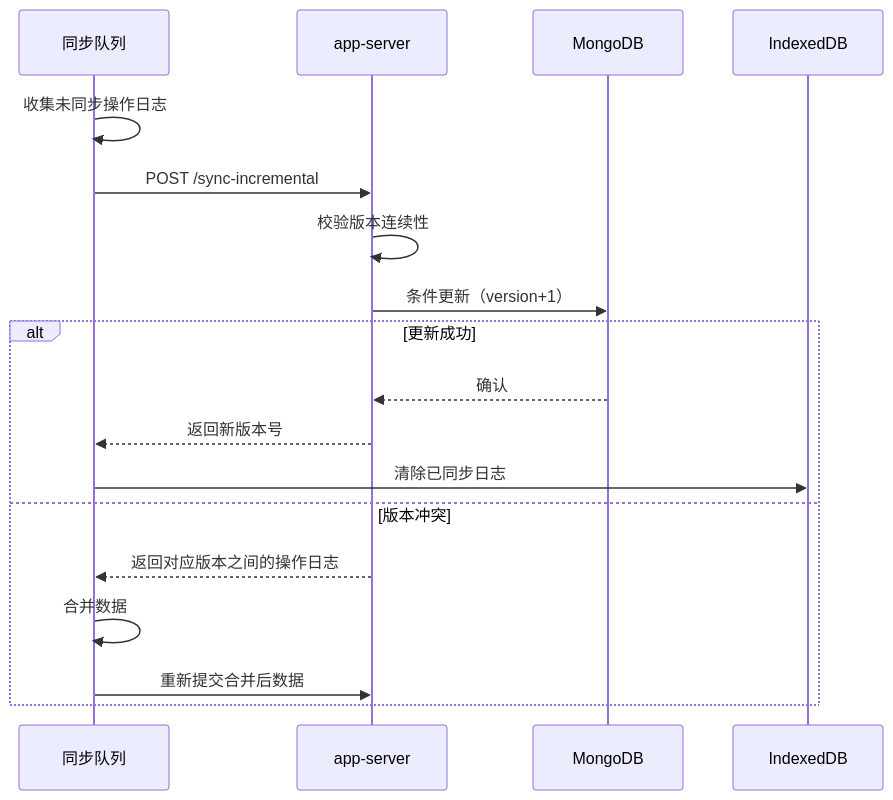
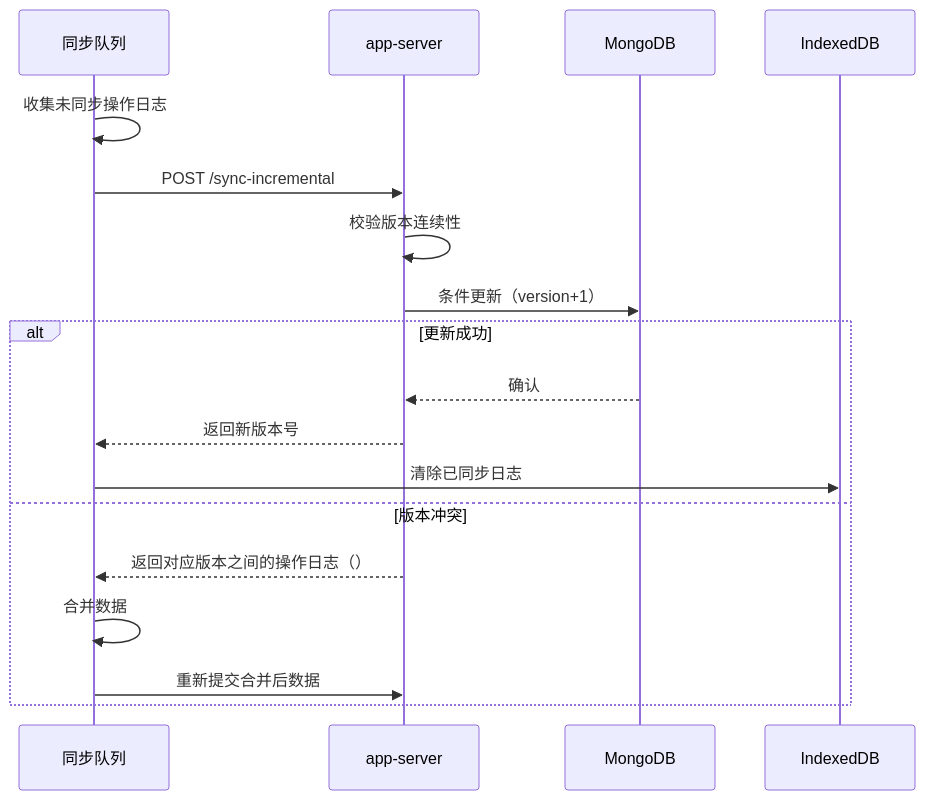
The diagram in all/未命名-24.md (yingjianzh/iodraw-files), drawn with Mermaid before and after one commit.

Commit message:
2025-02-24 10:50:19 update

````diff
--- a/all/未命名-24.md
+++ b/all/未命名-24.md
@@ -1,23 +1,23 @@
 ```mermaid
 
 sequenceDiagram
     participant 同步队列
     participant app-server
     participant MongoDB
 
 
     同步队列->>同步队列: 收集未同步操作日志
     同步队列->>app-server: POST /sync-incremental
     app-server->>app-server: 校验版本连续性
     app-server->>MongoDB: 条件更新（version+1）
     alt 更新成功
         MongoDB-->>app-server: 确认
         app-server-->>同步队列: 返回新版本号
         同步队列->>IndexedDB: 清除已同步日志
     else 版本冲突
-        app-server-->>同步队列: 返回对应版本之间的操作日志
+        app-server-->>同步队列: 返回对应版本之间的操作日志（）
         同步队列->>同步队列: 合并数据
         同步队列->>app-server: 重新提交合并后数据
     end
 
 ```
````
